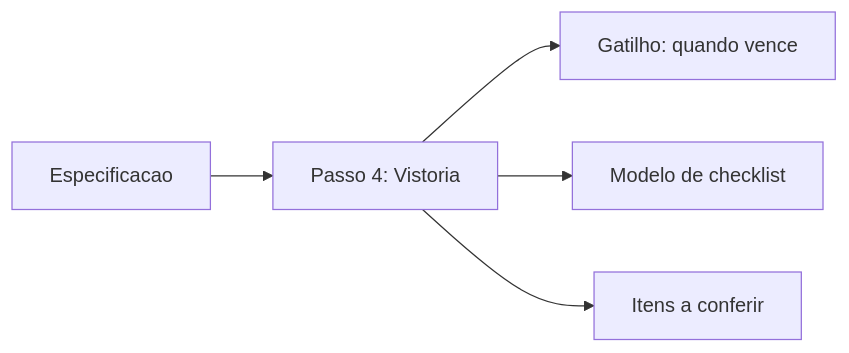
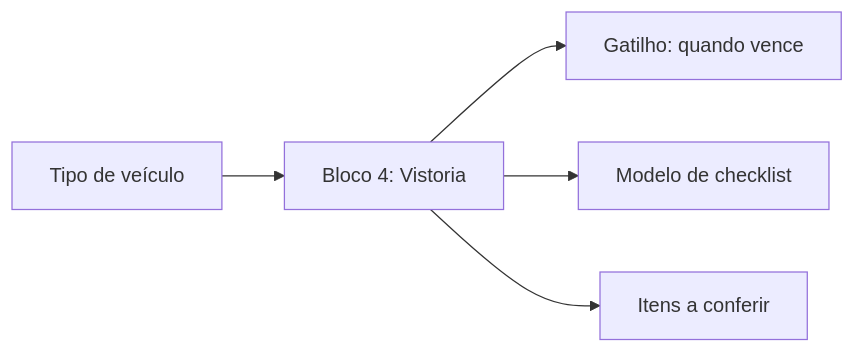
The first of 2 diagrams in cadastros/frota-vistoria.md (LocFlowTeam/locflow-docs), drawn with Mermaid before and after one commit. The commit also changed other lines of this file and 18 other files, not shown here.

````diff
--- a/cadastros/frota-vistoria.md
+++ b/cadastros/frota-vistoria.md
@@ -30,7 +30,7 @@
 ```mermaid
 flowchart LR
-    A[Especificacao] --> B[Passo 4: Vistoria]
+    A[Tipo de veículo] --> B[Bloco 4: Vistoria]
     B --> C[Gatilho: quando vence]
     B --> D[Modelo de checklist]
     B --> E[Itens a conferir]
 ```
````
